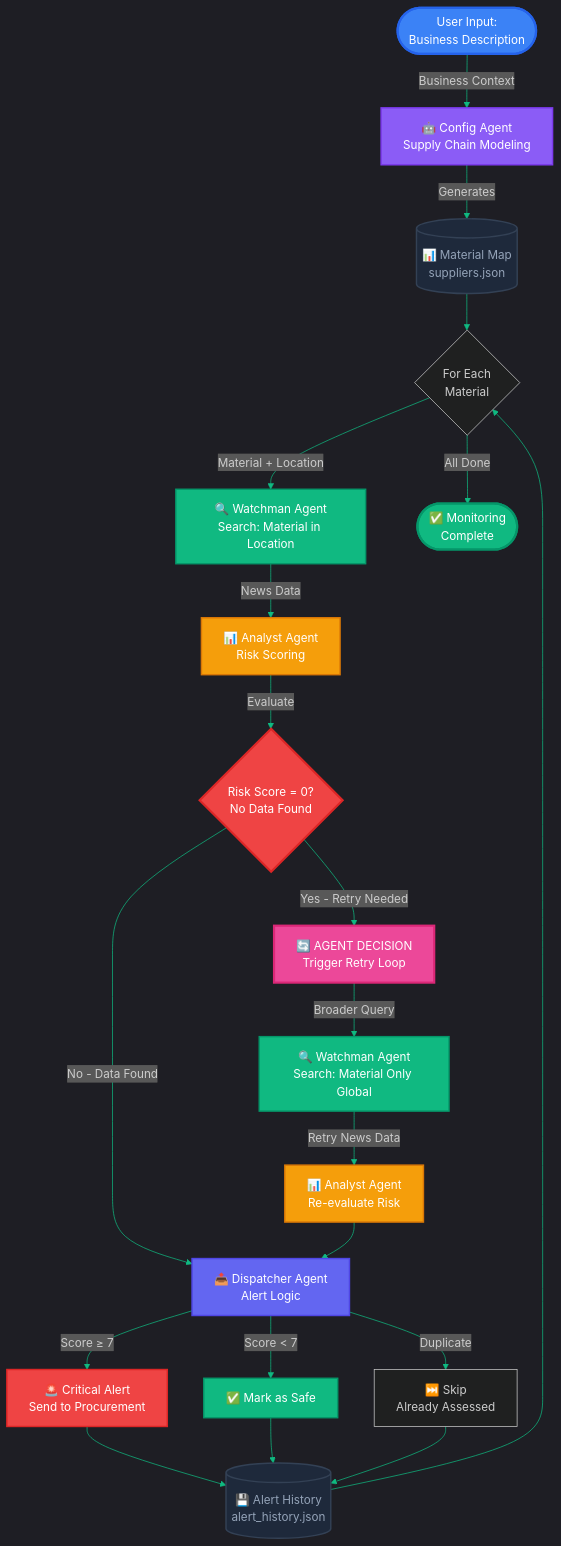
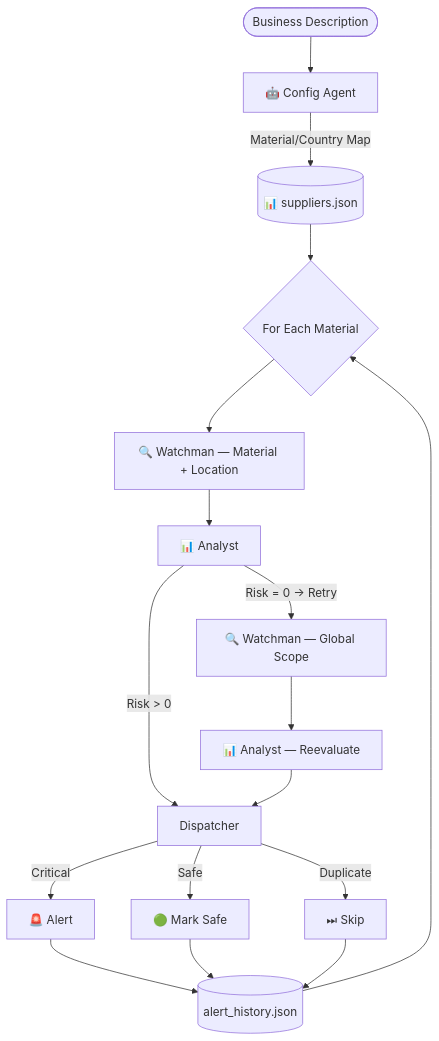
One commit to G26karthik/SupplySentinel changed the first of 2 diagrams in README.md. Above: the diagram before and after it, drawn with Mermaid. The commit also changed other lines of this file, not shown here.

````diff
--- a/README.md
+++ b/README.md
@@ -67,52 +79,19 @@
 ```mermaid
-%%{init: {'theme':'dark', 'themeVariables': { 'primaryColor':'#3B82F6','primaryTextColor':'#fff','primaryBorderColor':'#2563EB','lineColor':'#10B981','secondaryColor':'#1E293B','tertiaryColor':'#0F172A'}}}%%
 flowchart TD
-    Start([User Input:<br/>Business Description]) -->|Business Context| Config[🤖 Config Agent<br/>Supply Chain Modeling]
-    
-    Config -->|Generates| Map[(📊 Material Map<br/>suppliers.json)]
-    
-    Map --> Loop{For Each<br/>Material}
-    
-    Loop -->|Material + Location| Watchman1[🔍 Watchman Agent<br/>Search: Material in Location]
-    
-    Watchman1 -->|News Data| Analyst1[📊 Analyst Agent<br/>Risk Scoring]
-    
-    Analyst1 -->|Evaluate| Decision{Risk Score = 0?<br/>No Data Found}
-    
-    Decision -->|No - Data Found| Dispatcher[📤 Dispatcher Agent<br/>Alert Logic]
-    
-    Decision -->|Yes - Retry Needed| Retry[🔄 AGENT DECISION<br/>Trigger Retry Loop]
-    
-    Retry -->|Broader Query| Watchman2[🔍 Watchman Agent<br/>Search: Material Only Global]
-    
-    Watchman2 -->|Retry News Data| Analyst2[📊 Analyst Agent<br/>Re-evaluate Risk]
-    
+    Start([Business Description]) --> Config[🤖 Config Agent]
+    Config -->|Material/Country Map| Map[(📊 suppliers.json)]
+    Map --> Loop{For Each Material}
+    Loop --> Watchman1[🔍 Watchman — Material + Location]
+    Watchman1 --> Analyst1[📊 Analyst]
+    Analyst1 -->|Risk > 0| Dispatcher
+    Analyst1 -->|Risk = 0 → Retry| Watchman2[🔍 Watchman — Global Scope]
+    Watchman2 --> Analyst2[📊 Analyst — Reevaluate]
     Analyst2 --> Dispatcher
-    
-    Dispatcher -->|Score ≥ 7| Alert[🚨 Critical Alert<br/>Send to Procurement]
-    Dispatcher -->|Score < 7| Safe[✅ Mark as Safe]
-    Dispatcher -->|Duplicate| Skip[⏭️ Skip<br/>Already Assessed]
-    
-    Alert --> Memory[(💾 Alert History<br/>alert_history.json)]
+    Dispatcher -->|Critical| Alert[🚨 Alert]
+    Dispatcher -->|Safe| Safe[🟢 Mark Safe]
+    Dispatcher -->|Duplicate| Skip[⏭ Skip]
+    Alert --> Memory[(alert_history.json)]
     Safe --> Memory
     Skip --> Memory
-    
     Memory --> Loop
-    
-    Loop -->|All Done| End([✅ Monitoring<br/>Complete])
-    
-    style Start fill:#3B82F6,stroke:#2563EB,stroke-width:3px,color:#fff
-    style Config fill:#8B5CF6,stroke:#7C3AED,stroke-width:2px,color:#fff
-    style Watchman1 fill:#10B981,stroke:#059669,stroke-width:2px,color:#fff
-    style Watchman2 fill:#10B981,stroke:#059669,stroke-width:2px,color:#fff
-    style Analyst1 fill:#F59E0B,stroke:#D97706,stroke-width:2px,color:#fff
-    style Analyst2 fill:#F59E0B,stroke:#D97706,stroke-width:2px,color:#fff
-    style Decision fill:#EF4444,stroke:#DC2626,stroke-width:3px,color:#fff
-    style Retry fill:#EC4899,stroke:#DB2777,stroke-width:3px,color:#fff
-    style Dispatcher fill:#6366F1,stroke:#4F46E5,stroke-width:2px,color:#fff
-    style Alert fill:#EF4444,stroke:#DC2626,stroke-width:2px,color:#fff
-    style Safe fill:#10B981,stroke:#059669,stroke-width:2px,color:#fff
-    style Map fill:#1E293B,stroke:#334155,stroke-width:2px,color:#94A3B8
-    style Memory fill:#1E293B,stroke:#334155,stroke-width:2px,color:#94A3B8
-    style End fill:#10B981,stroke:#059669,stroke-width:3px,color:#fff
 ```
````
